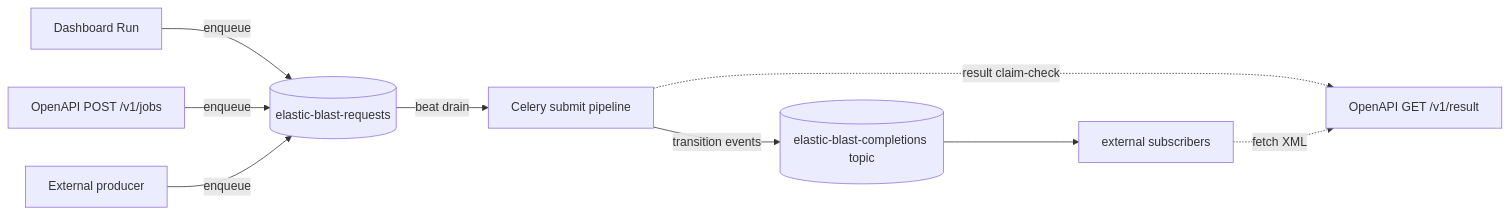
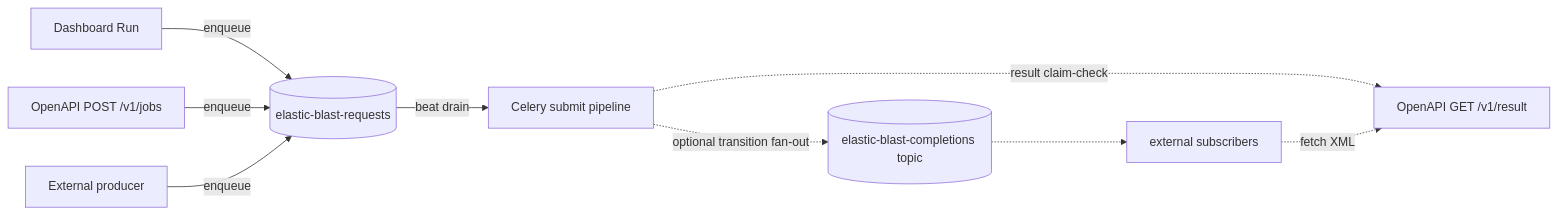
One commit to dotnetpower/elb-dashboard changed the first of 2 diagrams in docs/architecture/service-bus-integration.md. Above: the diagram before and after it, drawn with Mermaid. The commit also changed other lines of this file and 22 other files, not shown here.

First line of the commit message:
feat(service-bus): Enhance Service Bus integration with optional completion topic and improved telemetry

````diff
--- a/docs/architecture/service-bus-integration.md
+++ b/docs/architecture/service-bus-integration.md
@@ -37,11 +38,11 @@
 ```mermaid
 flowchart LR
   UI[Dashboard Run] -->|enqueue| Q[(elastic-blast-requests)]
   API[OpenAPI POST /v1/jobs] -->|enqueue| Q
   EXT[External producer] -->|enqueue| Q
   Q -->|beat drain| W[Celery submit pipeline]
-  W -->|transition events| T[(elastic-blast-completions topic)]
-  T --> SUB[external subscribers]
+  W -.->|optional transition fan-out| T[(elastic-blast-completions topic)]
+  T -.-> SUB[external subscribers]
   W -.->|result claim-check| R[OpenAPI GET /v1/result]
   SUB -.->|fetch XML| R
 ```
````
